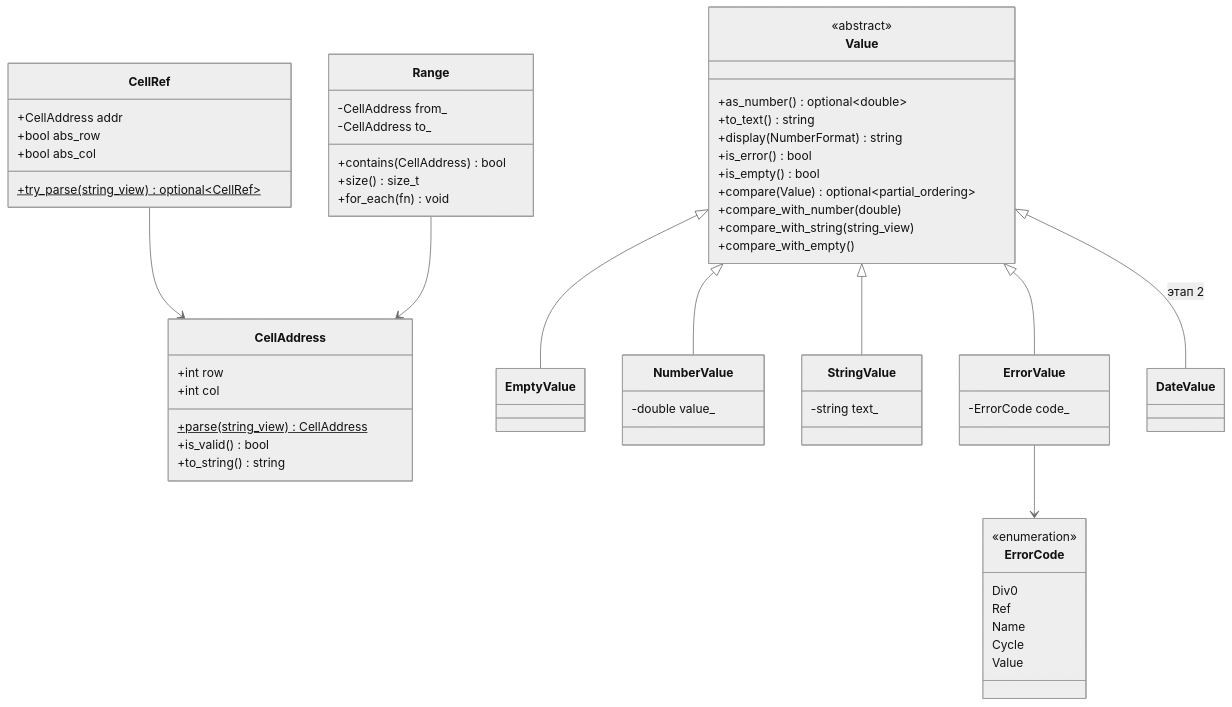
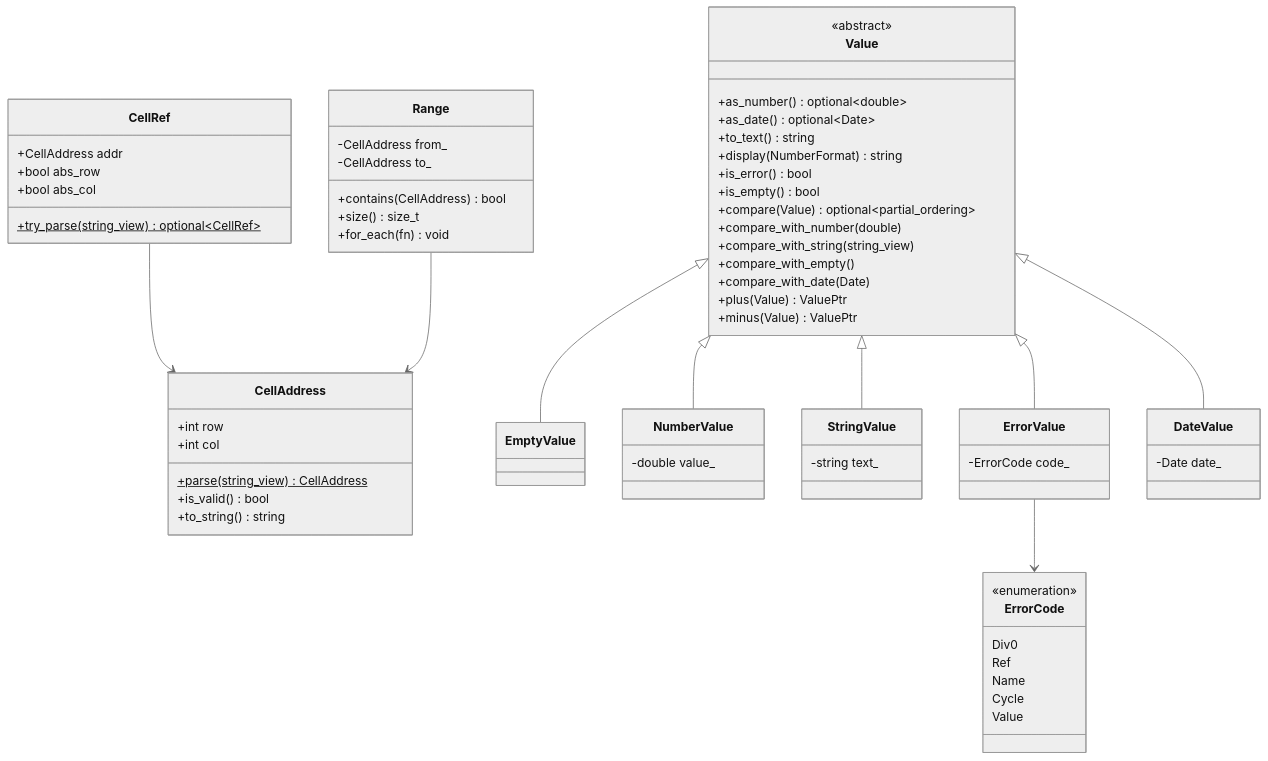
Before and after one commit to mtvxlqq/spreadsheet_software_nsu: the first of 7 diagrams in DESIGN.md, drawn with Mermaid (neutral theme). The commit also changed other lines of this file and 4 other files, not shown here.

````diff
--- a/DESIGN.md
+++ b/DESIGN.md
@@ -13,63 +13,69 @@
 ```mermaid
 classDiagram
     class CellAddress {
         +int row
         +int col
         +parse(string_view) CellAddress$
         +is_valid() bool
         +to_string() string
     }
     class CellRef {
         +CellAddress addr
         +bool abs_row
         +bool abs_col
         +try_parse(string_view) optional~CellRef~$
     }
     class Range {
         -CellAddress from_
         -CellAddress to_
         +contains(CellAddress) bool
         +size() size_t
         +for_each(fn) void
     }
     CellRef --> CellAddress
     Range --> CellAddress
 
     class Value {
         <<abstract>>
         +as_number() optional~double~
+        +as_date() optional~Date~
         +to_text() string
         +display(NumberFormat) string
         +is_error() bool
         +is_empty() bool
         +compare(Value) optional~partial_ordering~
         +compare_with_number(double)
         +compare_with_string(string_view)
         +compare_with_empty()
+        +compare_with_date(Date)
+        +plus(Value) ValuePtr
+        +minus(Value) ValuePtr
     }
     class EmptyValue
     class NumberValue {
         -double value_
     }
     class StringValue {
         -string text_
     }
     class ErrorValue {
         -ErrorCode code_
     }
-    class DateValue
+    class DateValue {
+        -Date date_
+    }
     class ErrorCode {
         <<enumeration>>
         Div0
         Ref
         Name
         Cycle
         Value
     }
     Value <|-- EmptyValue
     Value <|-- NumberValue
     Value <|-- StringValue
     Value <|-- ErrorValue
-    Value <|-- DateValue : этап 2
+    Value <|-- DateValue
     ErrorValue --> ErrorCode
 ```
````
